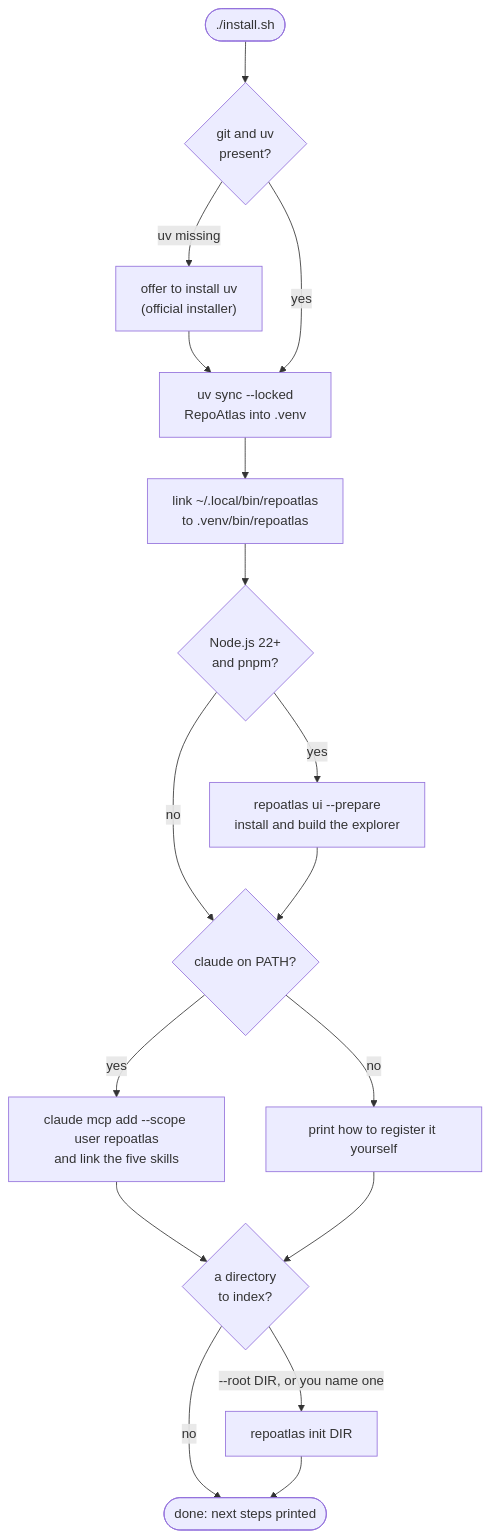
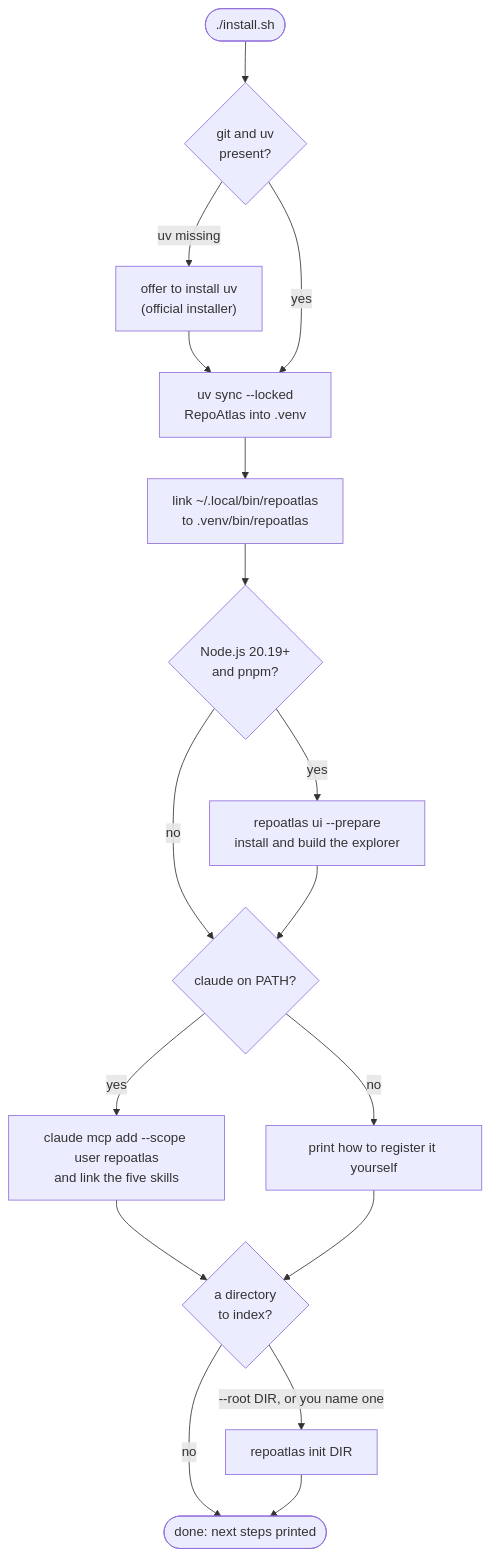
The diagram in docs/installation.md (Symasc/RepoAtlas), drawn with Mermaid before and after one commit. The commit also changed other lines of this file and 69 other files, not shown here.

````diff
--- a/docs/installation.md
+++ b/docs/installation.md
@@ -44,19 +53,19 @@
 ```mermaid
 flowchart TD
     start(["./install.sh"]) --> prereq{"git and uv<br/>present?"}
     prereq -->|"uv missing"| uv["offer to install uv<br/>(official installer)"]
     uv --> sync
     prereq -->|yes| sync["uv sync --locked<br/>RepoAtlas into .venv"]
     sync --> link["link ~/.local/bin/repoatlas<br/>to .venv/bin/repoatlas"]
-    link --> node{"Node.js 22+<br/>and pnpm?"}
+    link --> node{"Node.js 20.19+<br/>and pnpm?"}
     node -->|yes| explorer["repoatlas ui --prepare<br/>install and build the explorer"]
     node -->|no| agent
     explorer --> agent{"claude on PATH?"}
     agent -->|yes| mcp["claude mcp add --scope user repoatlas<br/>and link the five skills"]
     agent -->|no| manual["print how to register it yourself"]
     mcp --> index
     manual --> index{"a directory<br/>to index?"}
     index -->|"--root DIR, or you name one"| init["repoatlas init DIR"]
     index -->|no| done(["done: next steps printed"])
     init --> done
 ```
````
